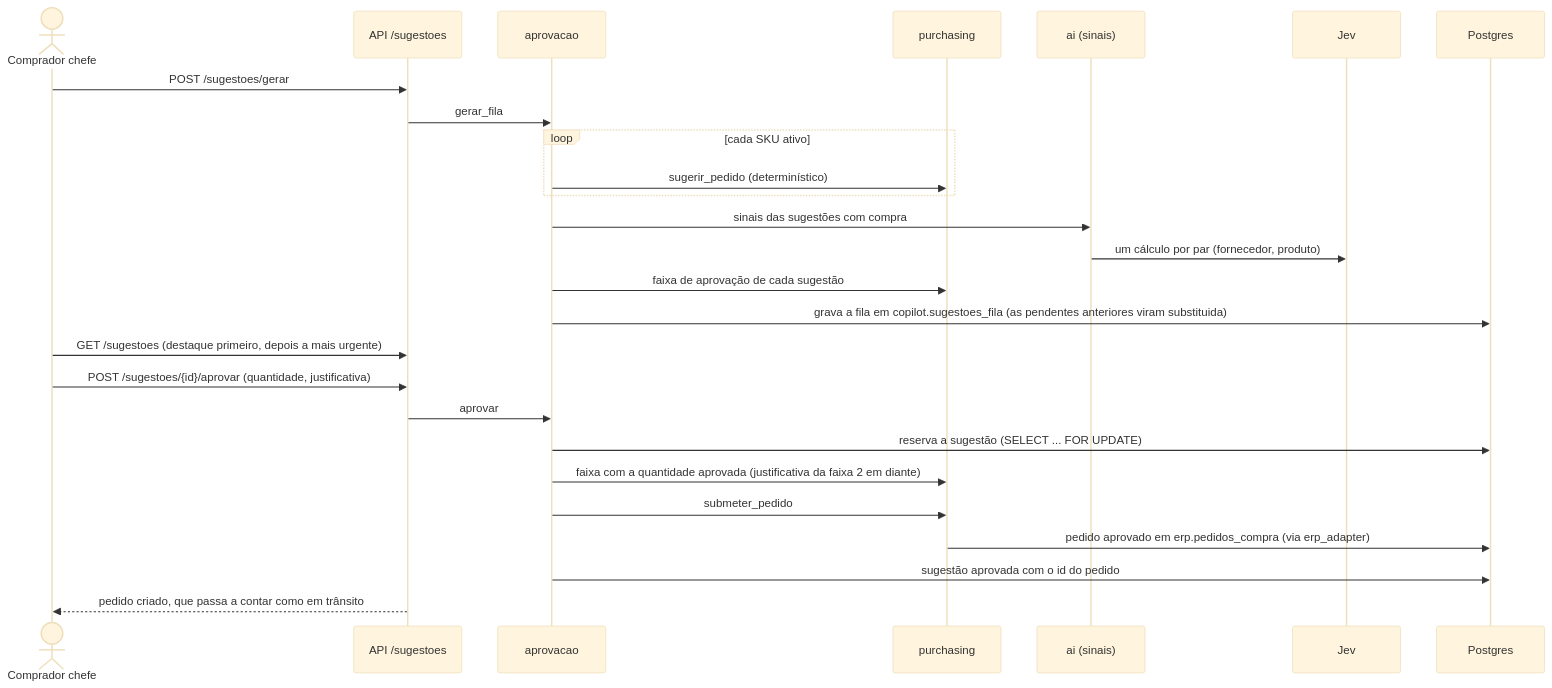
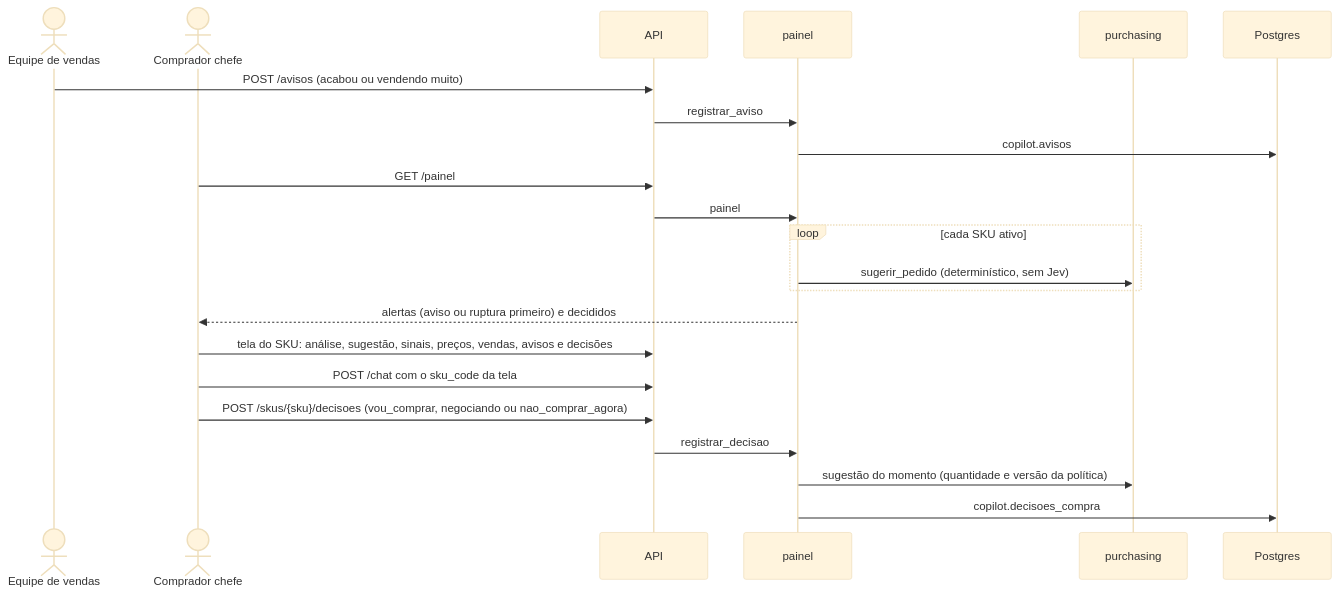
Before and after one commit to RodFerraz1/sistema-para-estoque: the second of 3 diagrams in README.md, drawn with Mermaid (base theme). The commit also changed other lines of this file and 111 other files, not shown here.

Commit message:
Fluxo do comprador: painel, aviso, tela do SKU e decisão de compra (spec 08)

````diff
--- a/README.md
+++ b/README.md
@@ -634,29 +639,25 @@
 ```mermaid
 sequenceDiagram
+    actor V as Equipe de vendas
     actor C as Comprador chefe
-    participant A as API /sugestoes
-    participant F as aprovacao
+    participant A as API
+    participant M as painel
     participant U as purchasing
-    participant S as ai (sinais)
-    participant J as Jev
     participant P as Postgres
 
-    C->>A: POST /sugestoes/gerar
-    A->>F: gerar_fila
+    V->>A: POST /avisos (acabou ou vendendo muito)
+    A->>M: registrar_aviso
+    M->>P: copilot.avisos
+    C->>A: GET /painel
+    A->>M: painel
     loop cada SKU ativo
-        F->>U: sugerir_pedido (determinístico)
+        M->>U: sugerir_pedido (determinístico, sem Jev)
     end
-    F->>S: sinais das sugestões com compra
-    S->>J: um cálculo por par (fornecedor, produto)
-    F->>U: faixa de aprovação de cada sugestão
-    F->>P: grava a fila em copilot.sugestoes_fila (as pendentes anteriores viram substituida)
-    C->>A: GET /sugestoes (destaque primeiro, depois a mais urgente)
-    C->>A: POST /sugestoes/{id}/aprovar (quantidade, justificativa)
-    A->>F: aprovar
-    F->>P: reserva a sugestão (SELECT ... FOR UPDATE)
-    F->>U: faixa com a quantidade aprovada (justificativa da faixa 2 em diante)
-    F->>U: submeter_pedido
-    U->>P: pedido aprovado em erp.pedidos_compra (via erp_adapter)
-    F->>P: sugestão aprovada com o id do pedido
-    A-->>C: pedido criado, que passa a contar como em trânsito
+    M-->>C: alertas (aviso ou ruptura primeiro) e decididos
+    C->>A: tela do SKU: análise, sugestão, sinais, preços, vendas, avisos e decisões
+    C->>A: POST /chat com o sku_code da tela
+    C->>A: POST /skus/{sku}/decisoes (vou_comprar, negociando ou nao_comprar_agora)
+    A->>M: registrar_decisao
+    M->>U: sugestão do momento (quantidade e versão da política)
+    M->>P: copilot.decisoes_compra
 ```
````
